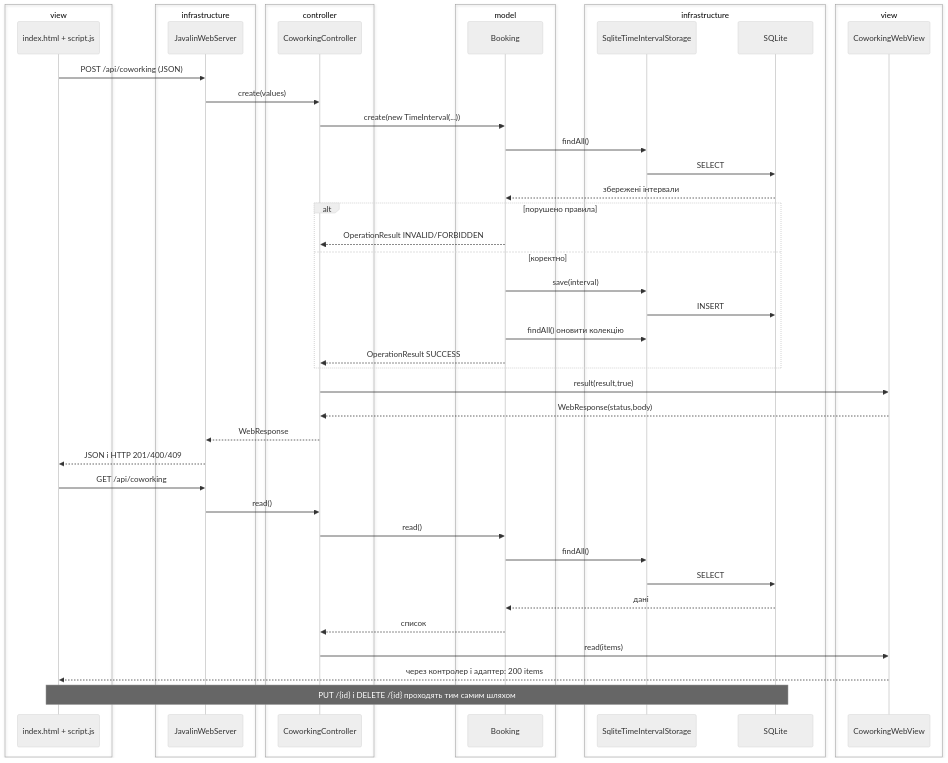
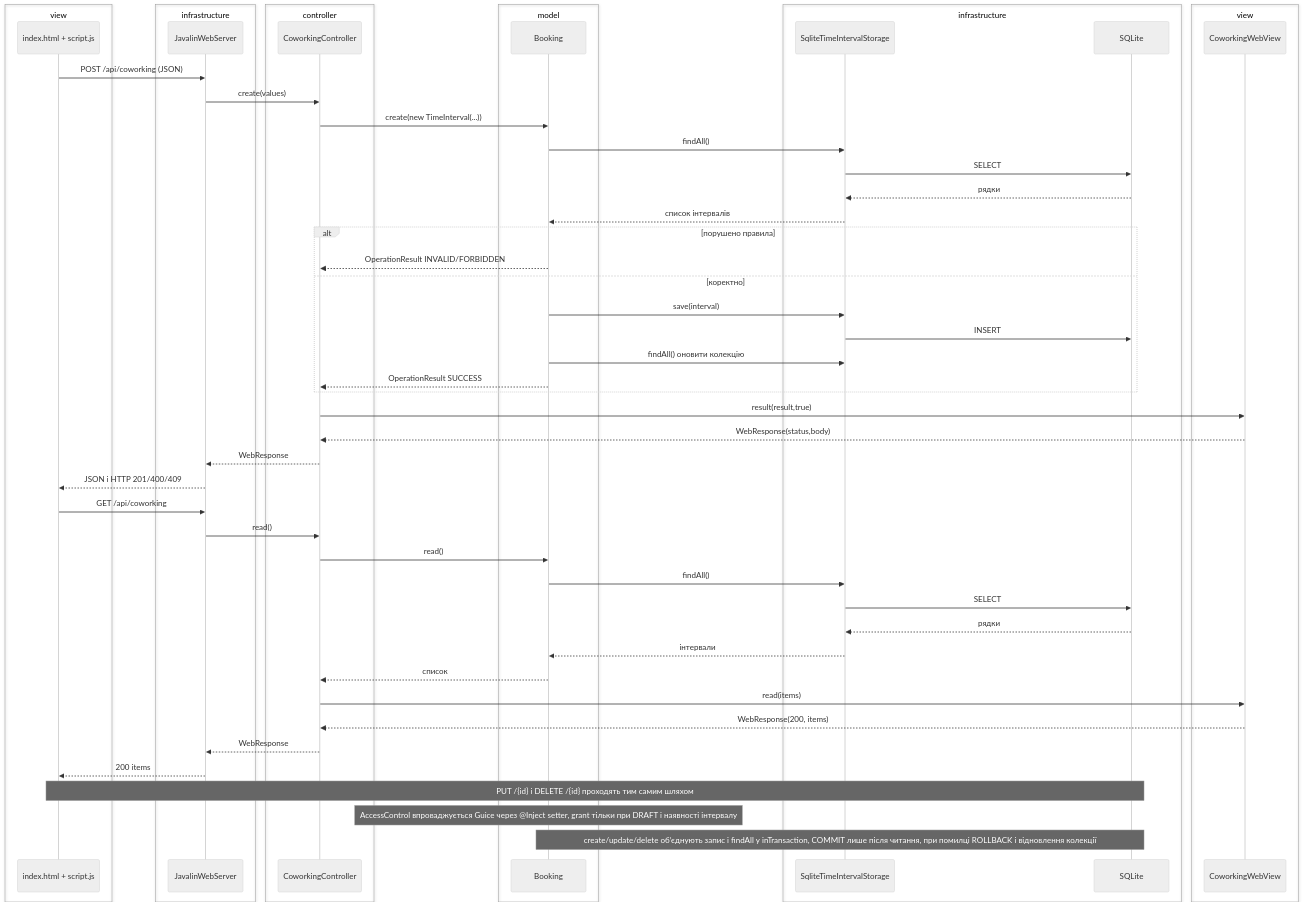
One commit to auulina21/coworking-19 changed the diagram in docs/sequence.mmd. Above: the diagram before and after it, drawn with Mermaid (neutral theme). The commit also changed 49 other files, not shown here.

```diff
--- a/docs/sequence.mmd
+++ b/docs/sequence.mmd
@@ -1,48 +1,56 @@
 sequenceDiagram
 box view
 participant P as index.html + script.js
 end
 box infrastructure
 participant W as JavalinWebServer
 end
 box controller
 participant C as CoworkingController
 end
 box model
 participant B as Booking
 end
 box infrastructure
 participant S as SqliteTimeIntervalStorage
 participant DB as SQLite
 end
 box view
 participant V as CoworkingWebView
 end
 P->>W: POST /api/coworking (JSON)
 W->>C: create(values)
 C->>B: create(new TimeInterval(...))
 B->>S: findAll()
 S->>DB: SELECT
-DB-->>B: збережені інтервали
+DB-->>S: рядки
+S-->>B: список інтервалів
 alt порушено правила
  B-->>C: OperationResult INVALID/FORBIDDEN
 else коректно
  B->>S: save(interval)
  S->>DB: INSERT
  B->>S: findAll() оновити колекцію
  B-->>C: OperationResult SUCCESS
 end
 C->>V: result(result,true)
 V-->>C: WebResponse(status,body)
 C-->>W: WebResponse
 W-->>P: JSON і HTTP 201/400/409
 P->>W: GET /api/coworking
 W->>C: read()
 C->>B: read()
 B->>S: findAll()
 S->>DB: SELECT
-DB-->>B: дані
+DB-->>S: рядки
+S-->>B: інтервали
 B-->>C: список
 C->>V: read(items)
-V-->>P: через контролер і адаптер: 200 items
+V-->>C: WebResponse(200, items)
+C-->>W: WebResponse
+W-->>P: 200 items
 Note over P,DB: PUT /{id} і DELETE /{id} проходять тим самим шляхом
+
+Note over B: AccessControl впроваджується Guice через @Inject setter, grant тільки при DRAFT і наявності інтервалу
+
+Note over B,DB: create/update/delete об’єднують запис і findAll у inTransaction, COMMIT лише після читання, при помилці ROLLBACK і відновлення колекції
```
